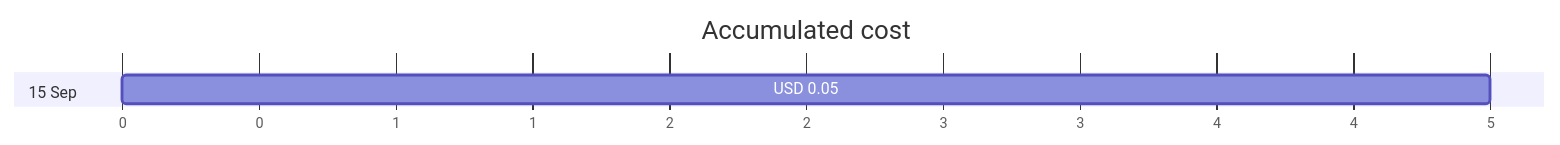
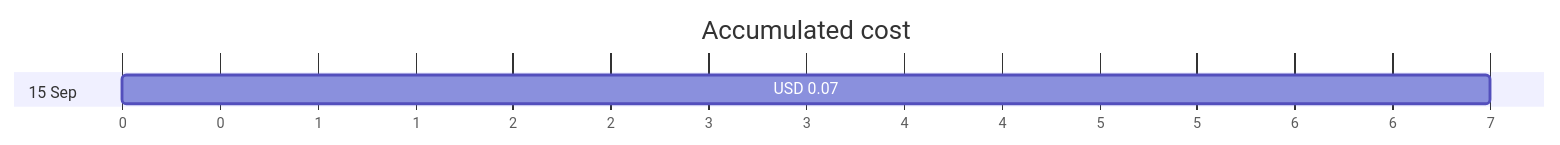
The first of 4 diagrams in cost-reports/personal-network/vpn-server-public-ip.md (jpfulton/azure-personal-reports), drawn with Mermaid before and after one commit. The commit also changed other lines of this file and 14 other files, not shown here.

````diff
--- a/cost-reports/personal-network/vpn-server-public-ip.md
+++ b/cost-reports/personal-network/vpn-server-public-ip.md
@@ -20,8 +20,8 @@
 ```mermaid
 gantt
    title Accumulated cost
    dateFormat  X
    axisFormat %s
    section 15 Sep
-   USD 0.05 :0, 5
+   USD 0.07 :0, 7
 ```
````
